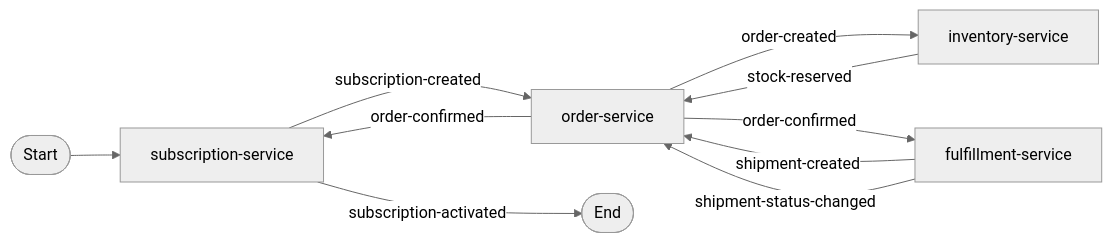
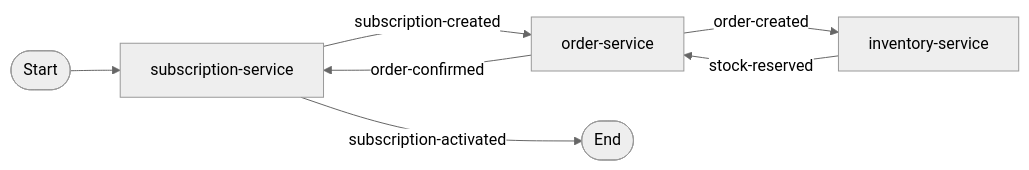
One commit to filozofira/spas changed the diagram in examples/domains/subscription-order/README.md. Above: the diagram before and after it, drawn with Mermaid (neutral theme). The commit also changed 187 other files, not shown here.

First line of the commit message:
Examples/advanced flows (#68)

````diff
--- a/examples/domains/subscription-order/README.md
+++ b/examples/domains/subscription-order/README.md
@@ -3,12 +3,9 @@
 ```mermaid
 flowchart LR
     Start([Start]) --> SS[subscription-service]
     SS -->|subscription-created| OS[order-service]
     OS -->|order-created| IS[inventory-service]
     IS -->|stock-reserved| OS
-    OS -->|order-confirmed| FS[fulfillment-service]
     OS -->|order-confirmed| SS
-    FS -->|shipment-created| OS
-    FS -->|shipment-status-changed| OS
     SS -->|subscription-activated| End([End])
 ```
````
